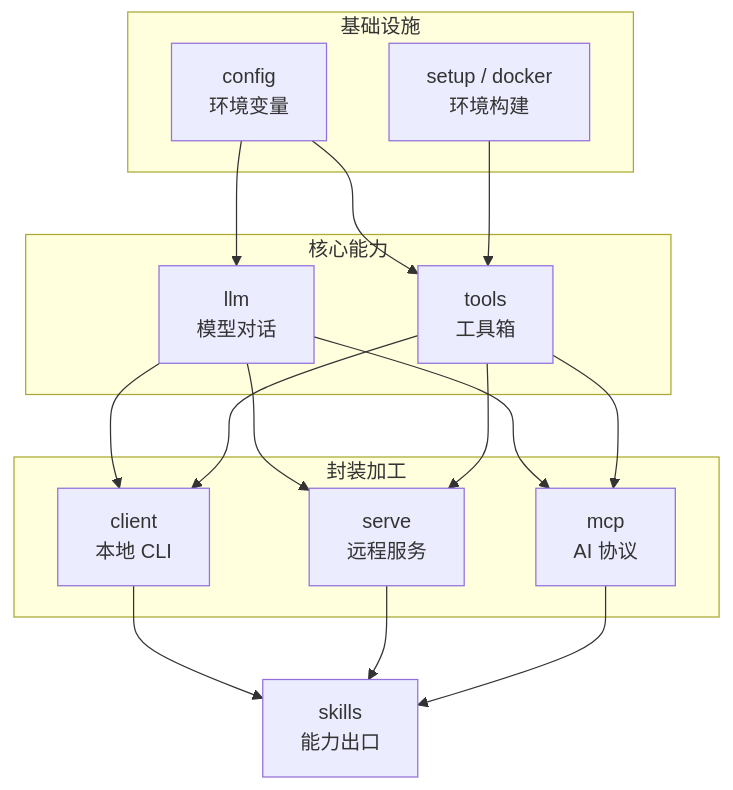
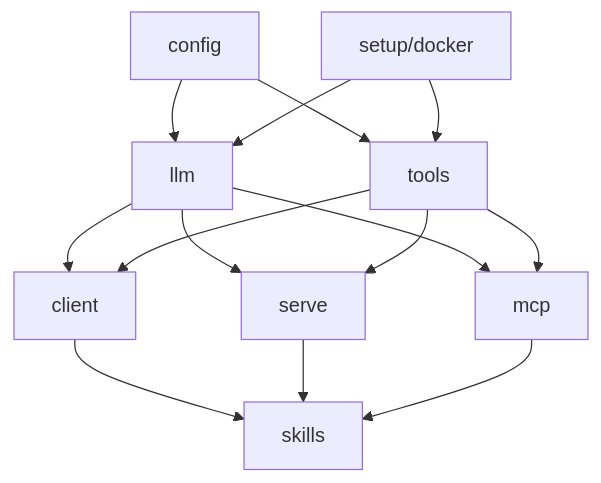
Before and after one commit to cubenlp/ChatTool: the diagram in docs/index.md, drawn with Mermaid. The commit also changed 1 other file, not shown here.

Commit message:
docs: simplify arch diagram to single graph, fix mcp anchor links

````diff
--- a/docs/index.md
+++ b/docs/index.md
@@ -20,35 +20,6 @@
 ```mermaid
 graph TD
-    subgraph 基础设施
-        CFG[config\n环境变量]
-        SETUP[setup / docker\n环境构建]
-    end
-
-    subgraph 核心能力
-        LLM[llm\n模型对话]
-        TOOLS[tools\n工具箱]
-    end
-
-    subgraph 封装加工
-        CLIENT[client\n本地 CLI]
-        SERVE[serve\n远程服务]
-        MCP[mcp\nAI 协议]
-    end
-
-    SKILLS[skills\n能力出口]
-
-    CFG --> LLM
-    CFG --> TOOLS
-    SETUP --> TOOLS
-
-    LLM --> CLIENT
-    LLM --> SERVE
-    LLM --> MCP
-    TOOLS --> CLIENT
-    TOOLS --> SERVE
-    TOOLS --> MCP
-
-    CLIENT --> SKILLS
-    SERVE --> SKILLS
-    MCP --> SKILLS
+    CFG[config] & SETUP[setup/docker] --> LLM[llm] & TOOLS[tools]
+    LLM & TOOLS --> CLIENT[client] & SERVE[serve] & MCP[mcp]
+    CLIENT & SERVE & MCP --> SKILLS[skills]
 ```
````
